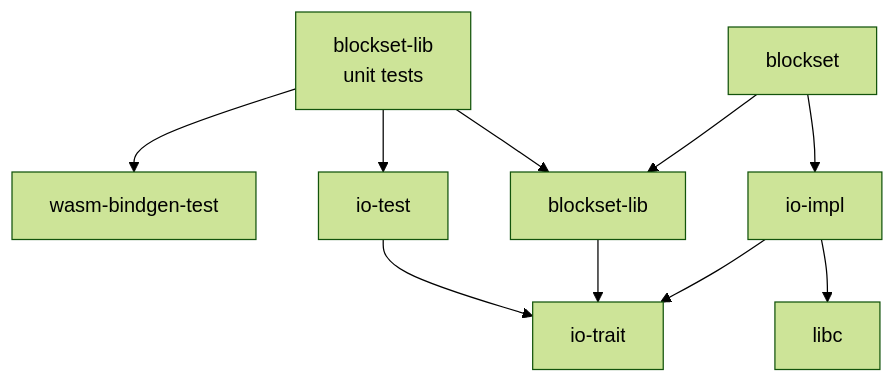
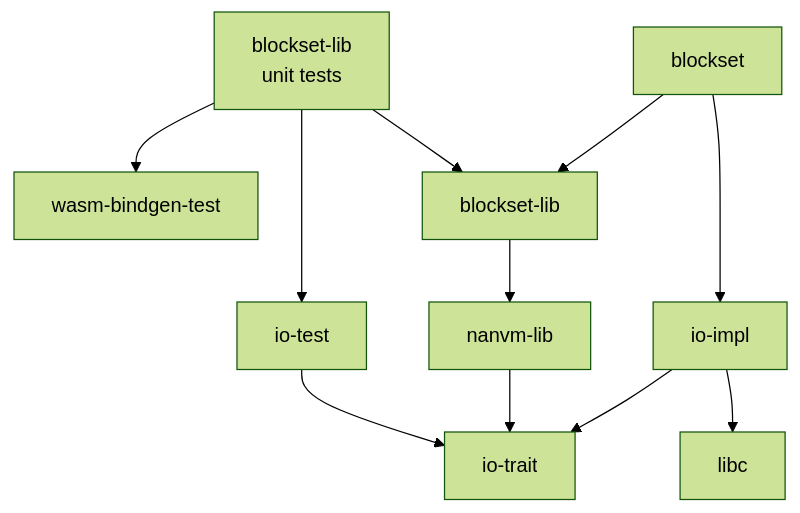
One commit to datablockset/blockset changed the first of 2 diagrams in notes/design.md. Above: the diagram before and after it, drawn with Mermaid (forest theme). The commit also changed other lines of this file, not shown here.

````diff
--- a/notes/design.md
+++ b/notes/design.md
@@ -5,9 +5,9 @@
 ```mermaid
 graph TD
   io-trait
   io-impl & io-test --> io-trait
   io-impl --> libc
   blockset-lib-test[blockset-lib\nunit tests] --> wasm-bindgen-test & io-test & blockset-lib
-  blockset-lib --> io-trait
+  blockset-lib --> nanvm-lib --> io-trait
   blockset --> blockset-lib & io-impl
 ```
````
